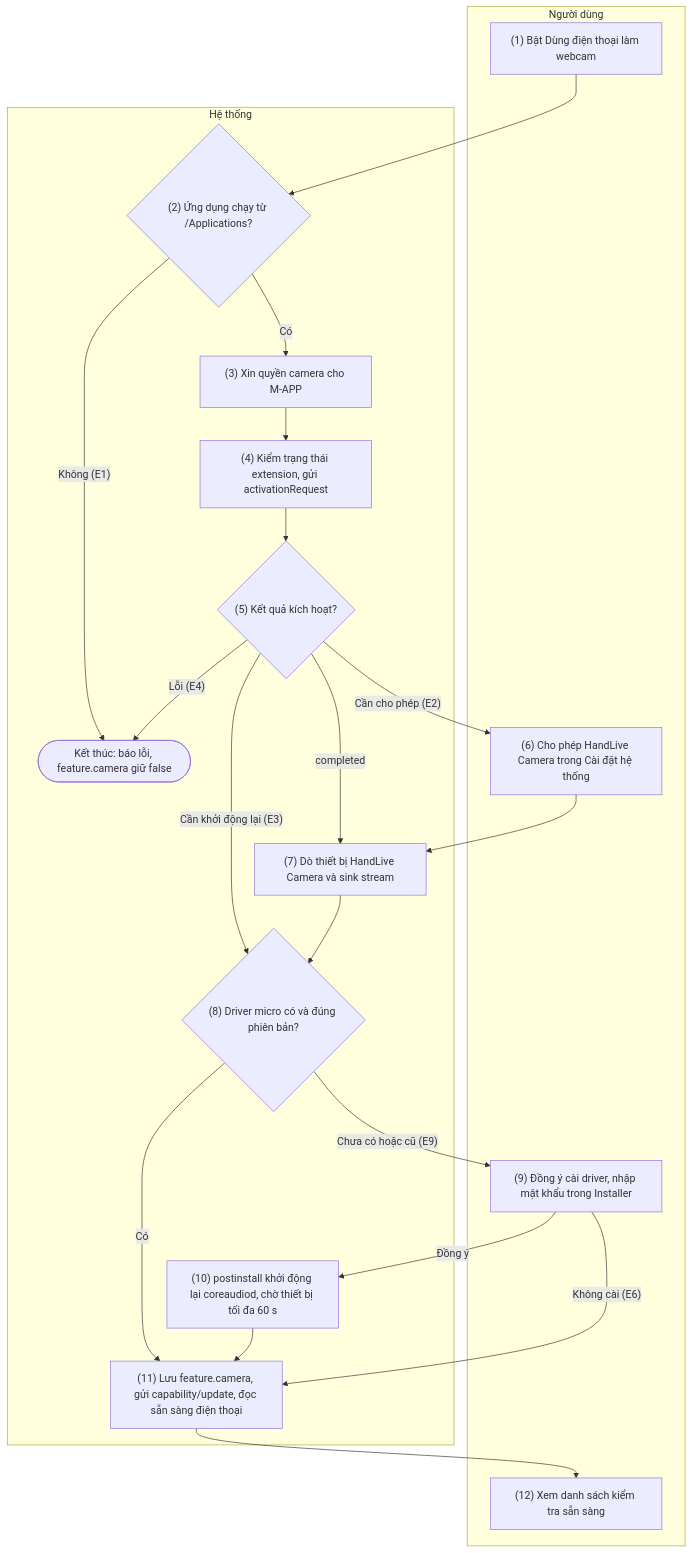
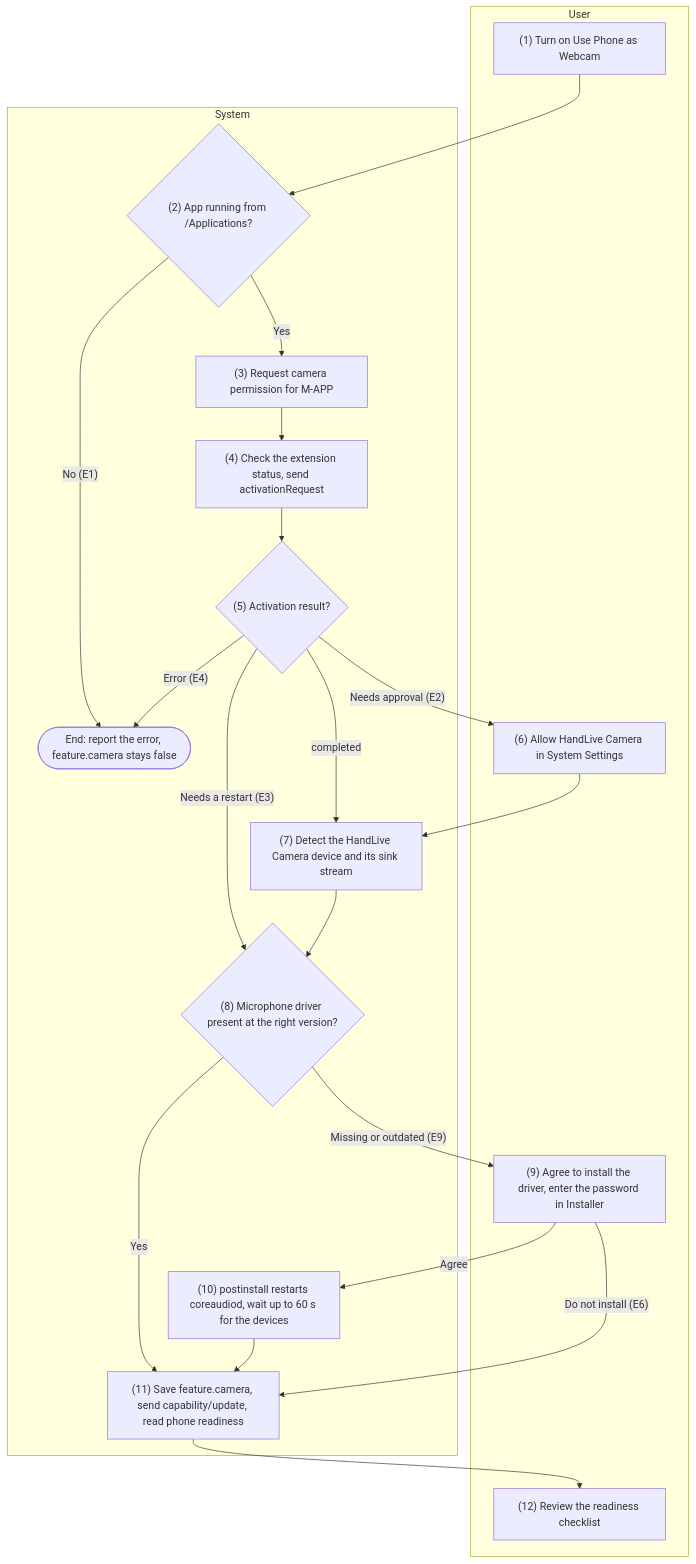
One commit to HandLive/handlive changed the first of 5 diagrams in docs/detailed-design/08-camera-mic.md. Above: the diagram before and after it, drawn with Mermaid. The commit also changed other lines of this file and 1 other file, not shown here.

Commit message:
docs: translate docs/detailed-design/08-camera-mic.md into English

````diff
--- a/docs/detailed-design/08-camera-mic.md
+++ b/docs/detailed-design/08-camera-mic.md
@@ -88,33 +92,33 @@
 ```mermaid
 flowchart TB
-  subgraph ND["Người dùng"]
-    U1["(1) Bật Dùng điện thoại làm webcam"]
-    U6["(6) Cho phép HandLive Camera trong Cài đặt hệ thống"]
-    U9["(9) Đồng ý cài driver, nhập mật khẩu trong Installer"]
-    U12["(12) Xem danh sách kiểm tra sẵn sàng"]
+  subgraph ND["User"]
+    U1["(1) Turn on Use Phone as Webcam"]
+    U6["(6) Allow HandLive Camera in System Settings"]
+    U9["(9) Agree to install the driver, enter the password in Installer"]
+    U12["(12) Review the readiness checklist"]
   end
-  subgraph HT["Hệ thống"]
-    D2{"(2) Ứng dụng chạy từ /Applications?"}
-    S3["(3) Xin quyền camera cho M-APP"]
-    S4["(4) Kiểm trạng thái extension, gửi activationRequest"]
-    D5{"(5) Kết quả kích hoạt?"}
-    S7["(7) Dò thiết bị HandLive Camera và sink stream"]
-    D8{"(8) Driver micro có và đúng phiên bản?"}
-    S10["(10) postinstall khởi động lại coreaudiod, chờ thiết bị tối đa 60 s"]
-    S11["(11) Lưu feature.camera, gửi capability/update, đọc sẵn sàng điện thoại"]
-    X1(["Kết thúc: báo lỗi, feature.camera giữ false"])
+  subgraph HT["System"]
+    D2{"(2) App running from /Applications?"}
+    S3["(3) Request camera permission for M-APP"]
+    S4["(4) Check the extension status, send activationRequest"]
+    D5{"(5) Activation result?"}
+    S7["(7) Detect the HandLive Camera device and its sink stream"]
+    D8{"(8) Microphone driver present at the right version?"}
+    S10["(10) postinstall restarts coreaudiod, wait up to 60 s for the devices"]
+    S11["(11) Save feature.camera, send capability/update, read phone readiness"]
+    X1(["End: report the error, feature.camera stays false"])
   end
   U1 --> D2
-  D2 -- "Có" --> S3 --> S4 --> D5
-  D2 -- "Không (E1)" --> X1
-  D5 -- "Cần cho phép (E2)" --> U6 --> S7
+  D2 -- "Yes" --> S3 --> S4 --> D5
+  D2 -- "No (E1)" --> X1
+  D5 -- "Needs approval (E2)" --> U6 --> S7
   D5 -- "completed" --> S7
-  D5 -- "Cần khởi động lại (E3)" --> D8
-  D5 -- "Lỗi (E4)" --> X1
+  D5 -- "Needs a restart (E3)" --> D8
+  D5 -- "Error (E4)" --> X1
   S7 --> D8
-  D8 -- "Có" --> S11
-  D8 -- "Chưa có hoặc cũ (E9)" --> U9
-  U9 -- "Đồng ý" --> S10 --> S11
-  U9 -- "Không cài (E6)" --> S11
+  D8 -- "Yes" --> S11
+  D8 -- "Missing or outdated (E9)" --> U9
+  U9 -- "Agree" --> S10 --> S11
+  U9 -- "Do not install (E6)" --> S11
   S11 --> U12
 ```
````
